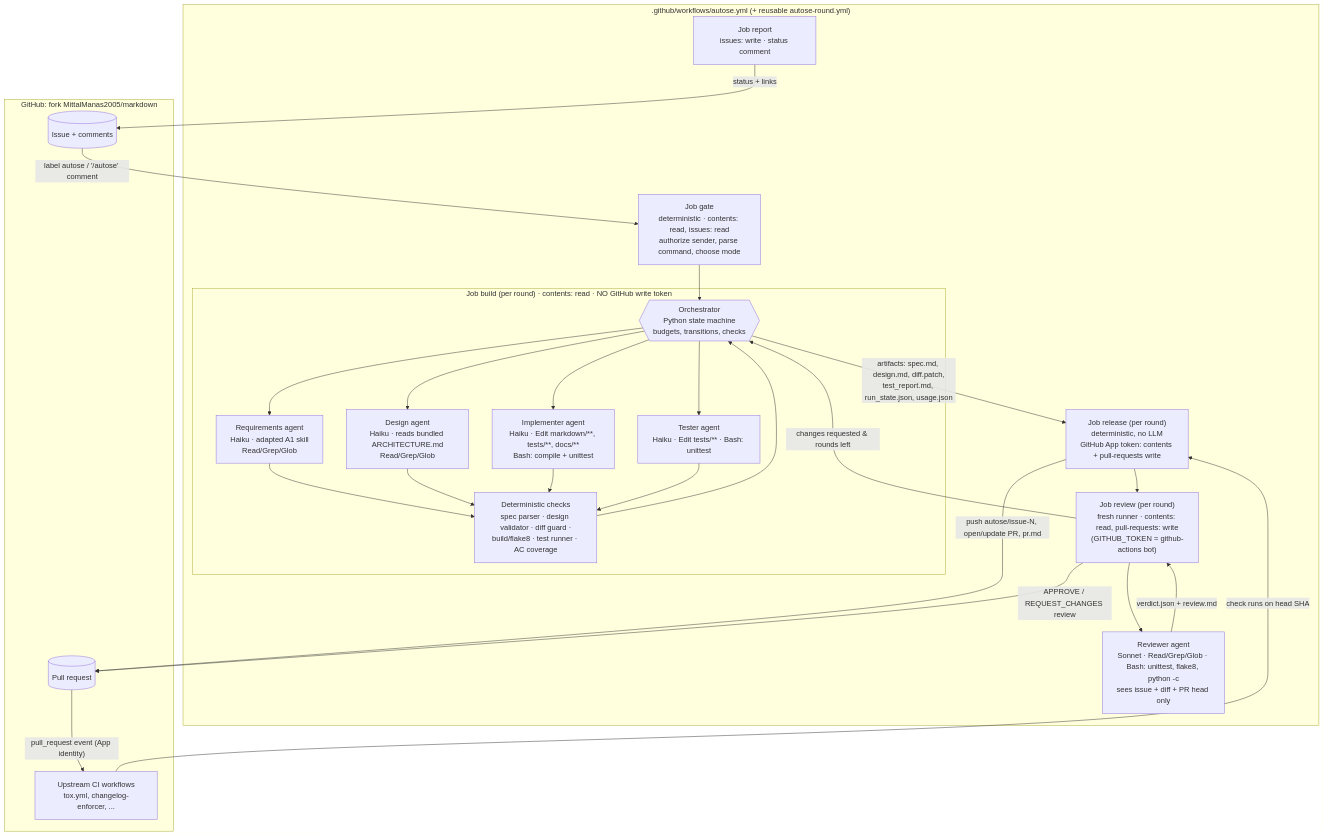
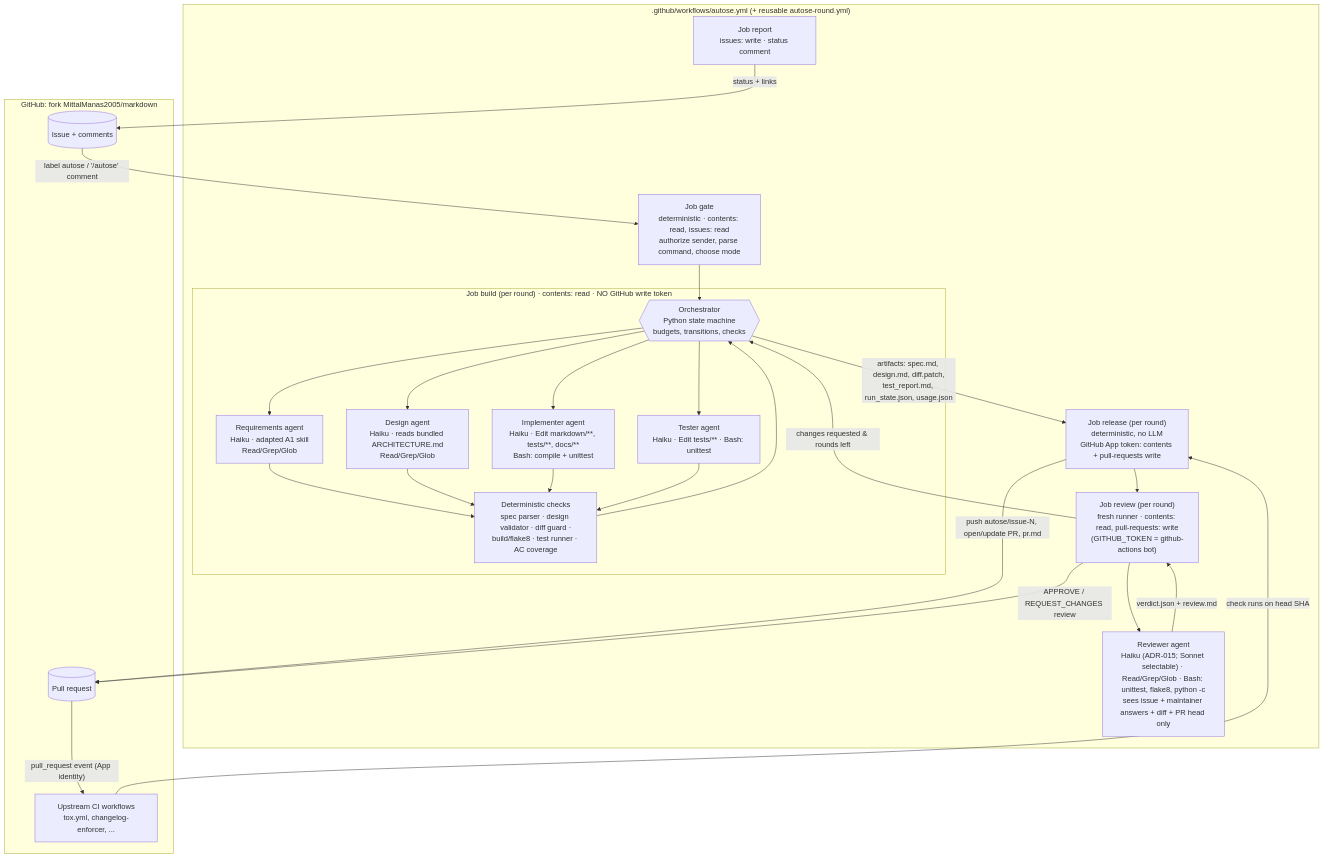
Before and after one commit to MittalManas2005/autose-a3: the diagram in architecture/views/component_view.md, drawn with Mermaid. The commit also changed other lines of this file and 9 other files, not shown here.

Commit message:
haiku reviewer

````diff
--- a/architecture/views/component_view.md
+++ b/architecture/views/component_view.md
@@ -11,42 +11,42 @@
 ```mermaid
 flowchart TB
   subgraph GH[GitHub: fork MittalManas2005/markdown]
     ISSUE[(Issue + comments)]
     PR[(Pull request)]
     CI[Upstream CI workflows<br/>tox.yml, changelog-enforcer, ...]
   end
 
   subgraph WF[".github/workflows/autose.yml (+ reusable autose-round.yml)"]
     GATE["Job gate<br/>deterministic · contents: read, issues: read<br/>authorize sender, parse command, choose mode"]
     subgraph BUILD["Job build (per round) · contents: read · NO GitHub write token"]
       ORCH{{"Orchestrator<br/>Python state machine<br/>budgets, transitions, checks"}}
       REQ["Requirements agent<br/>Haiku · adapted A1 skill<br/>Read/Grep/Glob"]
       DES["Design agent<br/>Haiku · reads bundled ARCHITECTURE.md<br/>Read/Grep/Glob"]
       IMP["Implementer agent<br/>Haiku · Edit markdown/**, tests/**, docs/**<br/>Bash: compile + unittest"]
       TST["Tester agent<br/>Haiku · Edit tests/** · Bash: unittest"]
       CHK["Deterministic checks<br/>spec parser · design validator · diff guard ·<br/>build/flake8 · test runner · AC coverage"]
     end
     REL["Job release (per round)<br/>deterministic, no LLM<br/>GitHub App token: contents + pull-requests write"]
     REV["Job review (per round)<br/>fresh runner · contents: read, pull-requests: write<br/>(GITHUB_TOKEN = github-actions bot)"]
-    REVA["Reviewer agent<br/>Sonnet · Read/Grep/Glob · Bash: unittest, flake8, python -c<br/>sees issue + diff + PR head only"]
+    REVA["Reviewer agent<br/>Haiku (ADR-015; Sonnet selectable) · Read/Grep/Glob · Bash: unittest, flake8, python -c<br/>sees issue + maintainer answers + diff + PR head only"]
     REPORT["Job report<br/>issues: write · status comment"]
   end
 
   ISSUE -- "label autose / '/autose' comment" --> GATE
   GATE --> ORCH
   ORCH --> REQ --> CHK
   ORCH --> DES --> CHK
   ORCH --> IMP --> CHK
   ORCH --> TST --> CHK
   CHK --> ORCH
   ORCH -- "artifacts: spec.md, design.md, diff.patch,<br/>test_report.md, run_state.json, usage.json" --> REL
   REL -- "push autose/issue-N, open/update PR, pr.md" --> PR
   PR -- "pull_request event (App identity)" --> CI
   CI -- "check runs on head SHA" --> REL
   REL --> REV
   REV --> REVA
   REVA -- "verdict.json + review.md" --> REV
   REV -- "APPROVE / REQUEST_CHANGES review" --> PR
   REV -- "changes requested & rounds left" --> ORCH
   REPORT -- "status + links" --> ISSUE
 ```
````
